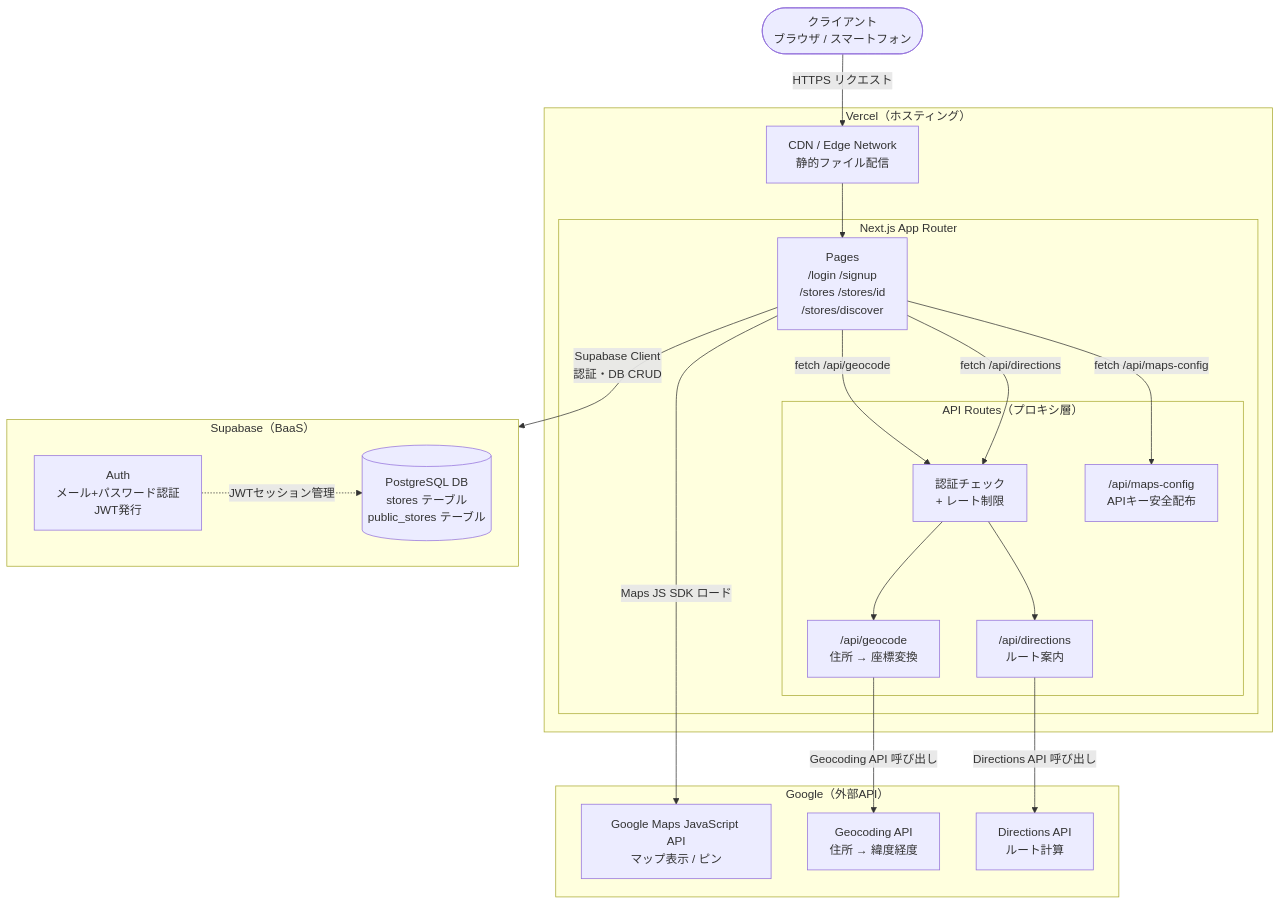
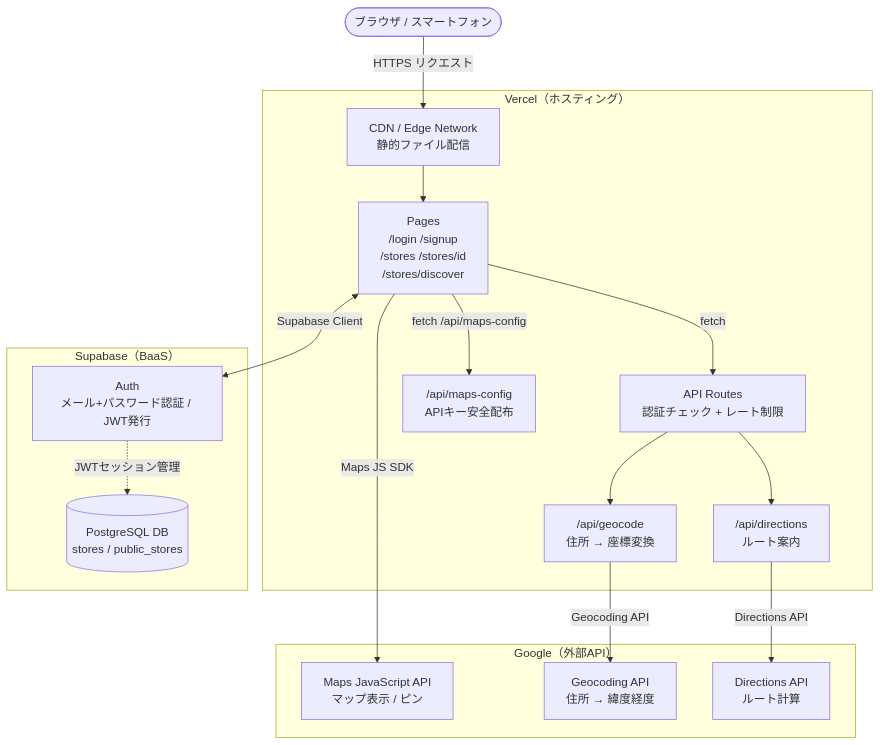
One commit to Pizzy-pz/rikawan-map changed the diagram in 設計/インフラ構成図.md. Above: the diagram before and after it, drawn with Mermaid.

Commit message:
インフラ構成図のMermaid体裁を修正
ネストsubgraph・エッジラベルの\nを除去しフラット構造に変更

````diff
--- a/設計/インフラ構成図.md
+++ b/設計/インフラ構成図.md
@@ -3,45 +3,36 @@
 ```mermaid
 graph TD
-    User(["クライアント\nブラウザ / スマートフォン"])
-    User -->|HTTPS リクエスト| CDN
+    User(["ブラウザ / スマートフォン"])
 
     subgraph Vercel["Vercel（ホスティング）"]
-        CDN["CDN / Edge Network\n静的ファイル配信"]
-        CDN --> Pages
-
-        subgraph AppRouter["Next.js App Router"]
-            Pages["Pages\n/login  /signup\n/stores  /stores/id\n/stores/discover"]
-
-            subgraph APIRoutes["API Routes（プロキシ層）"]
-                AuthCheck["認証チェック\n+ レート制限"]
-                Geocode["/api/geocode\n住所 → 座標変換"]
-                Directions["/api/directions\nルート案内"]
-                MapsConfig["/api/maps-config\nAPIキー安全配布"]
-            end
-        end
+        CDN["CDN / Edge Network<br/>静的ファイル配信"]
+        Pages["Pages<br/>/login  /signup<br/>/stores  /stores/id<br/>/stores/discover"]
+        AuthCheck["API Routes<br/>認証チェック + レート制限"]
+        Geocode["/api/geocode<br/>住所 → 座標変換"]
+        Directions["/api/directions<br/>ルート案内"]
+        MapsConfig["/api/maps-config<br/>APIキー安全配布"]
     end
 
-    Pages -->|fetch /api/geocode| AuthCheck
-    Pages -->|fetch /api/directions| AuthCheck
+    subgraph Supabase["Supabase（BaaS）"]
+        Auth["Auth<br/>メール+パスワード認証 / JWT発行"]
+        DB[("PostgreSQL DB<br/>stores / public_stores")]
+    end
+
+    subgraph Google["Google（外部API）"]
+        MapsJS["Maps JavaScript API<br/>マップ表示 / ピン"]
+        GeoAPI["Geocoding API<br/>住所 → 緯度経度"]
+        DirAPI["Directions API<br/>ルート計算"]
+    end
+
+    User -->|HTTPS リクエスト| CDN
+    CDN --> Pages
+    Pages -->|fetch| AuthCheck
     Pages -->|fetch /api/maps-config| MapsConfig
     AuthCheck --> Geocode
     AuthCheck --> Directions
-
-    subgraph Supabase["Supabase（BaaS）"]
-        Auth["Auth\nメール+パスワード認証\nJWT発行"]
-        DB[("PostgreSQL DB\nstores テーブル\npublic_stores テーブル")]
-        Auth -. JWTセッション管理 .-> DB
-    end
-
-    Pages -->|Supabase Client\n認証・DB CRUD| Supabase
-
-    subgraph Google["Google（外部API）"]
-        MapsJS["Google Maps JavaScript API\nマップ表示 / ピン"]
-        GeoAPI["Geocoding API\n住所 → 緯度経度"]
-        DirAPI["Directions API\nルート計算"]
-    end
-
-    Pages -->|Maps JS SDK ロード| MapsJS
-    Geocode -->|Geocoding API 呼び出し| GeoAPI
-    Directions -->|Directions API 呼び出し| DirAPI
+    Pages <-->|Supabase Client| Auth
+    Auth -. JWTセッション管理 .-> DB
+    Pages -->|Maps JS SDK| MapsJS
+    Geocode -->|Geocoding API| GeoAPI
+    Directions -->|Directions API| DirAPI
 ```
````
